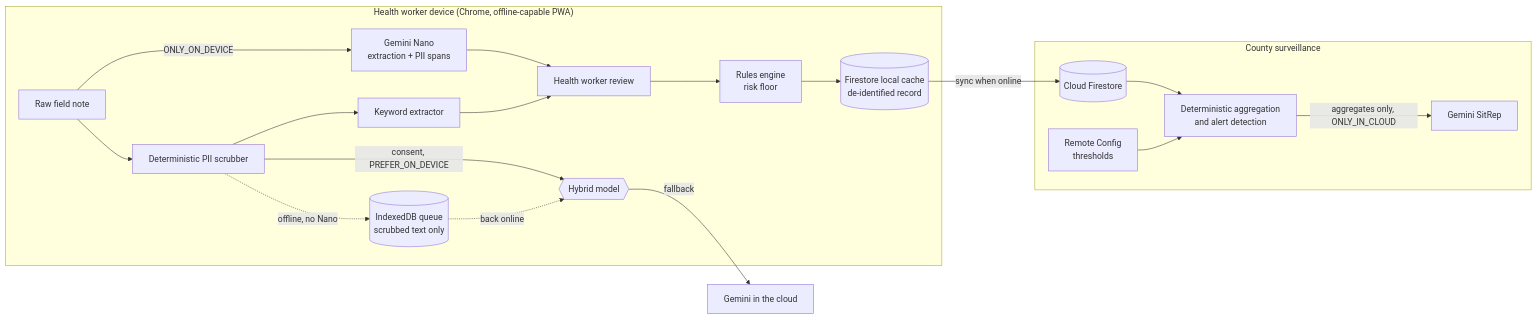
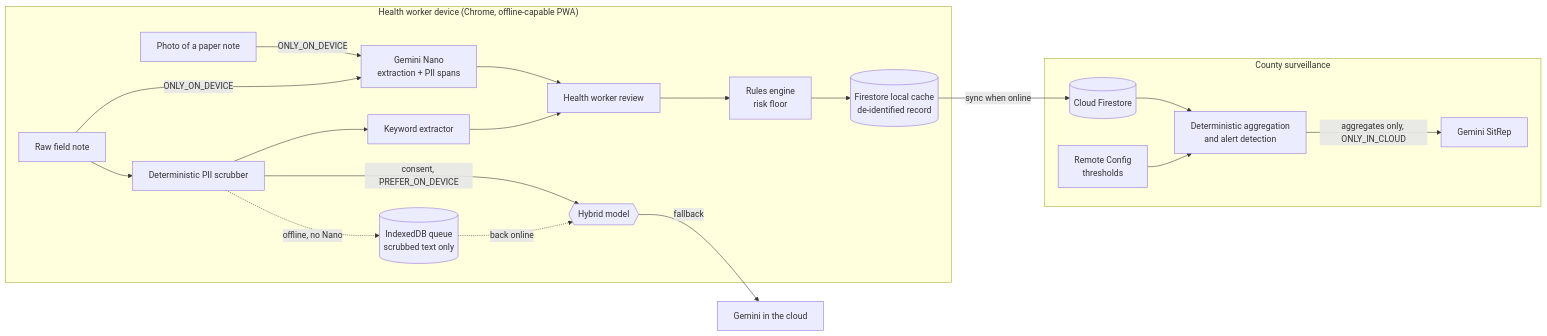
One commit to glosings0n/OutbreakPulse changed the diagram in README.md. Above: the diagram before and after it, drawn with Mermaid. The commit also changed other lines of this file and 41 other files, not shown here.

First line of the commit message:
feat: GTFCC case definitions, evaluation, on-device photo, egress ledger and epi curve

````diff
--- a/README.md
+++ b/README.md
@@ -27,22 +39,23 @@
 ```mermaid
 flowchart LR
   subgraph Device["Health worker device (Chrome, offline-capable PWA)"]
     N[Raw field note] --> S[Deterministic PII scrubber]
+    P[Photo of a paper note] -->|ONLY_ON_DEVICE| G
     N -->|ONLY_ON_DEVICE| G[Gemini Nano<br/>extraction + PII spans]
     S --> K[Keyword extractor]
     S -->|"consent, PREFER_ON_DEVICE"| H{{Hybrid model}}
     G --> R[Health worker review]
     K --> R
     R --> E[Rules engine<br/>risk floor]
     E --> C[(Firestore local cache<br/>de-identified record)]
     S -.->|offline, no Nano| Q[(IndexedDB queue<br/>scrubbed text only)]
   end
   H -->|fallback| CL[Gemini in the cloud]
   Q -.->|back online| H
   C -->|sync when online| FS[(Cloud Firestore)]
   subgraph County["County surveillance"]
     FS --> A[Deterministic aggregation<br/>and alert detection]
     RC[Remote Config<br/>thresholds] --> A
     A -->|"aggregates only, ONLY_IN_CLOUD"| SR[Gemini SitRep]
   end
 ```
````
